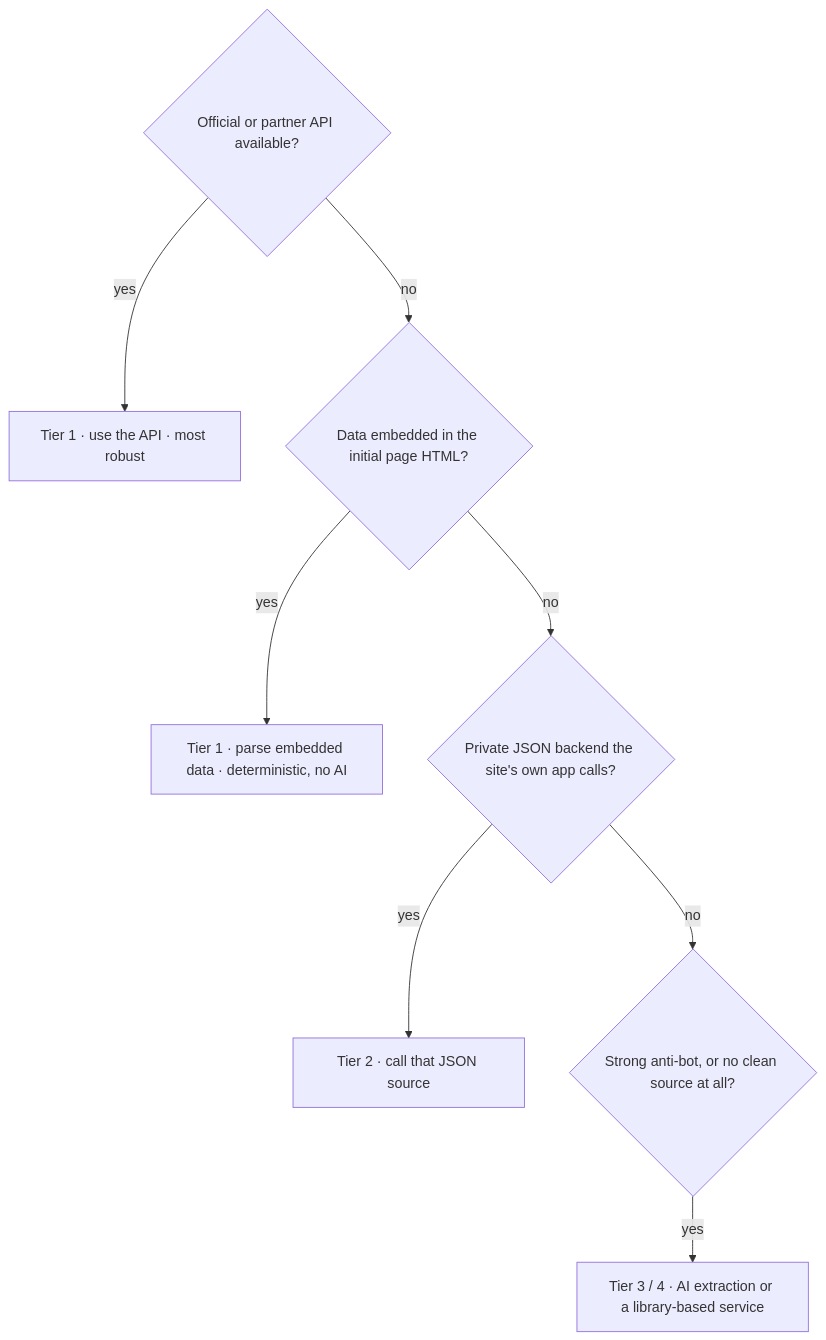
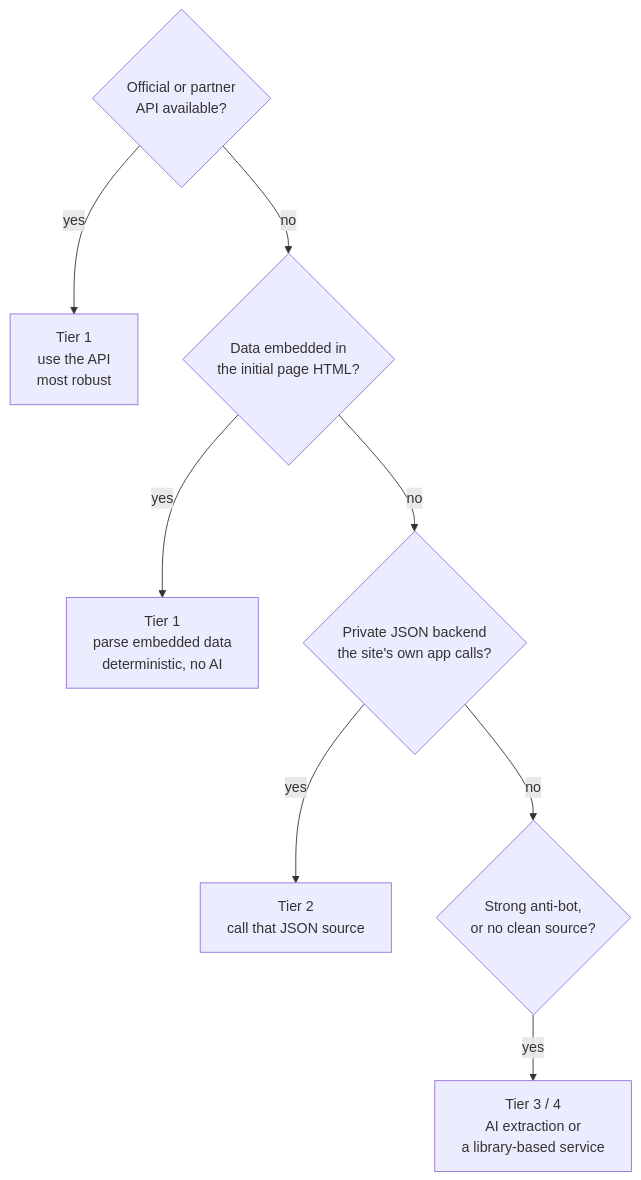
The second of 5 diagrams in README.md (jesscancode/tech-job-scraper-case-study), drawn with Mermaid before and after one commit. The commit also changed other lines of this file, not shown here.

````diff
--- a/README.md
+++ b/README.md
@@ -88,11 +88,11 @@
 ```mermaid
 flowchart TD
-  Q1{"Official or partner API available?"}
-  Q1 -->|yes| T1["Tier 1 · use the API · most robust"]
-  Q1 -->|no| Q2{"Data embedded in the initial page HTML?"}
-  Q2 -->|yes| T2["Tier 1 · parse embedded data · deterministic, no AI"]
-  Q2 -->|no| Q3{"Private JSON backend the site's own app calls?"}
-  Q3 -->|yes| T3["Tier 2 · call that JSON source"]
-  Q3 -->|no| Q4{"Strong anti-bot, or no clean source at all?"}
-  Q4 -->|yes| T4["Tier 3 / 4 · AI extraction or a library-based service"]
+  Q1{"Official or partner<br/>API available?"}
+  Q1 -->|yes| T1["Tier 1<br/>use the API<br/>most robust"]
+  Q1 -->|no| Q2{"Data embedded in<br/>the initial page HTML?"}
+  Q2 -->|yes| T2["Tier 1<br/>parse embedded data<br/>deterministic, no AI"]
+  Q2 -->|no| Q3{"Private JSON backend<br/>the site's own app calls?"}
+  Q3 -->|yes| T3["Tier 2<br/>call that JSON source"]
+  Q3 -->|no| Q4{"Strong anti-bot,<br/>or no clean source?"}
+  Q4 -->|yes| T4["Tier 3 / 4<br/>AI extraction or<br/>a library-based service"]
 ```
````
